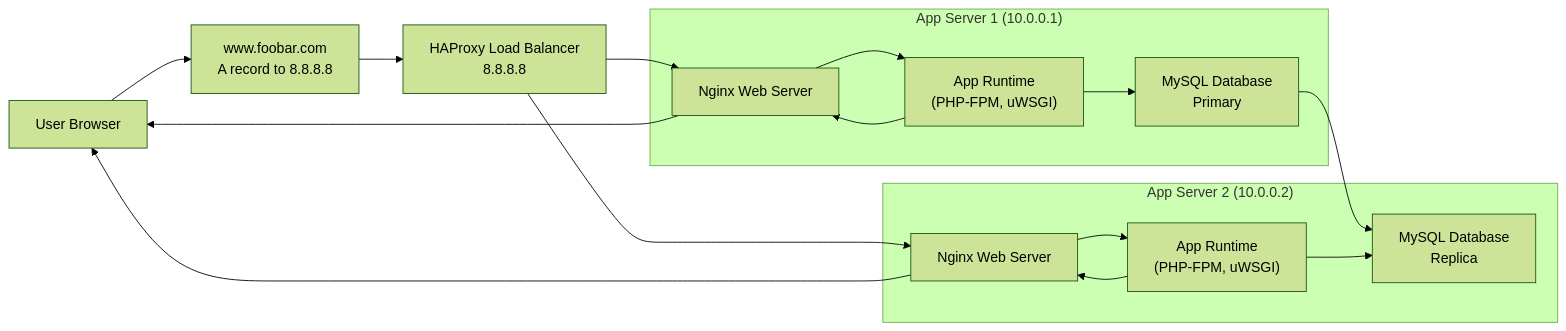
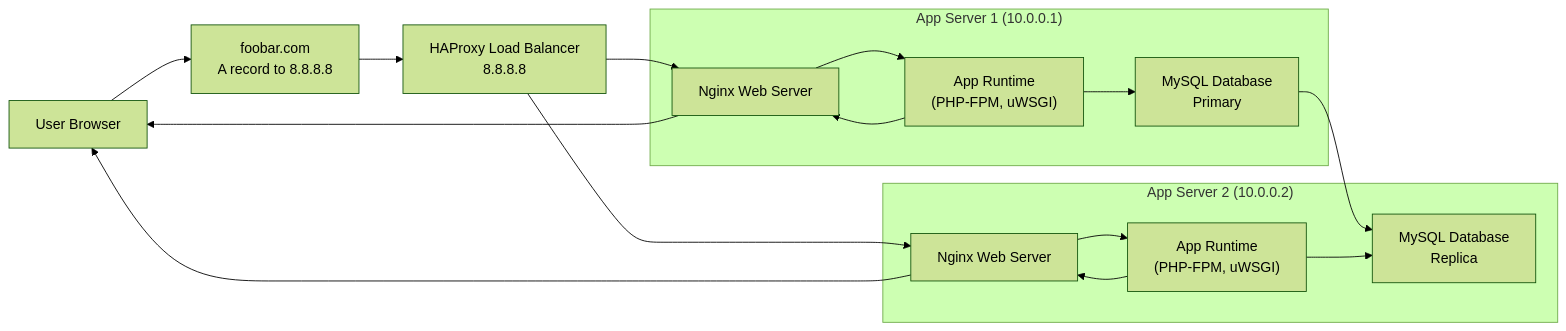
The diagram in web_infrastructure_design/1-distributed_web_infrastructure.md (anonyd0go/holbertonschool-system_engineering-devops), drawn with Mermaid (forest theme) before and after one commit.

Commit message:
Correct 1-distributed_web_infrastructure.md

````diff
--- a/web_infrastructure_design/1-distributed_web_infrastructure.md
+++ b/web_infrastructure_design/1-distributed_web_infrastructure.md
@@ -7,37 +7,37 @@
 ```mermaid
 %%{init: {"flowchart": {"htmlLabels": false}}}%%
 flowchart LR
 A["User Browser"]
-B["www.foobar.com\nA record to 8.8.8.8"]
-LB["HAProxy Load Balancer\n8.8.8.8"]
+B["foobar.com<br>A record to 8.8.8.8"]
+LB["HAProxy Load Balancer<br>8.8.8.8"]
 
 subgraph "App Server 1 (10.0.0.1)"
     W1["Nginx Web Server"]
-    A1["App Runtime\n(PHP-FPM, uWSGI)"]
-    DB1["MySQL Database\nPrimary"]
+    A1["App Runtime<br>(PHP-FPM, uWSGI)"]
+    DB1["MySQL Database<br>Primary"]
 end
 
 subgraph "App Server 2 (10.0.0.2)"
     W2["Nginx Web Server"]
-    A2["App Runtime\n(PHP-FPM, uWSGI)"]
-    DB2["MySQL Database\nReplica"]
+    A2["App Runtime<br>(PHP-FPM, uWSGI)"]
+    DB2["MySQL Database<br>Replica"]
 end
 
 A --> B
 B --> LB
 LB --> W1
 LB --> W2
 
 W1 --> A1
 A1 --> DB1
 DB1 --> DB2
 
 W2 --> A2
 A2 --> DB2
 
 A1 --> W1
 A2 --> W2
 W1 --> A
 W2 --> A
 
 ```
````
